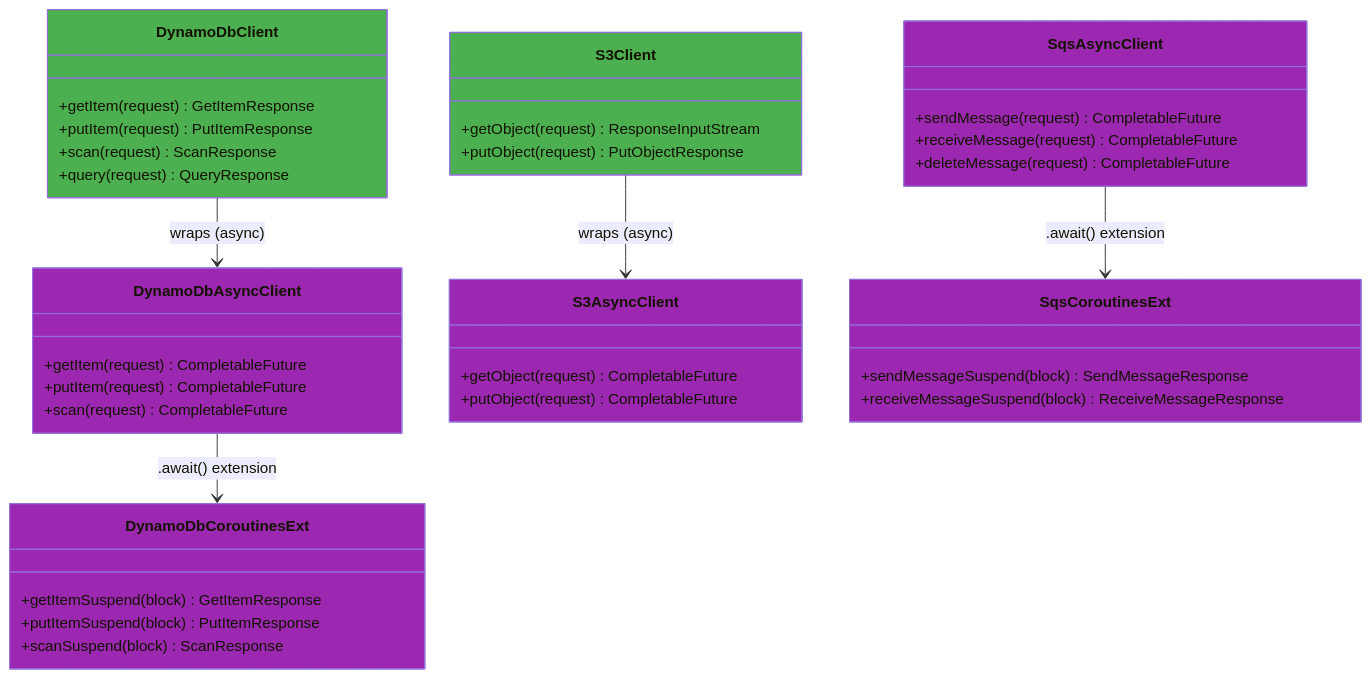
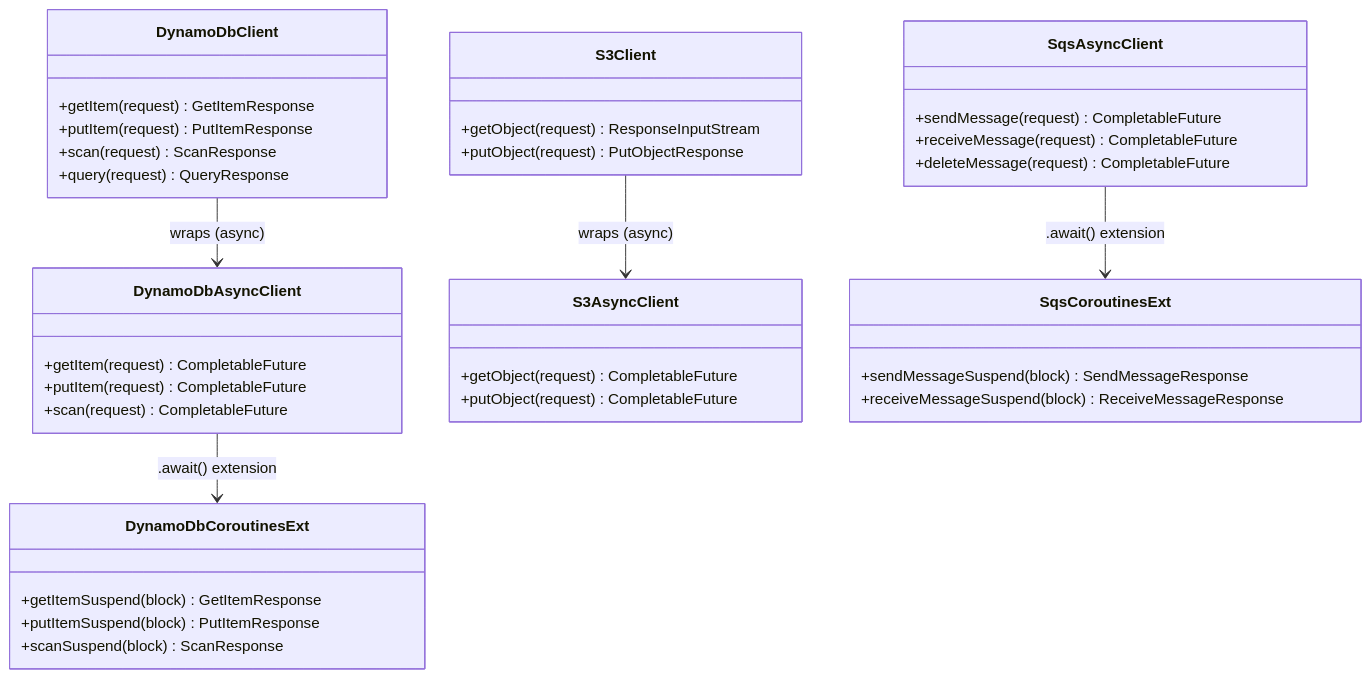
One commit to bluetape4k/bluetape4k-projects changed the first of 3 diagrams in aws/aws/README.md. Above: the diagram before and after it, drawn with Mermaid. The commit also changed 95 other files, not shown here.

First line of the commit message:
docs: Mermaid 파서 오류 전체 수정 (IntelliJ IDEA 호환)

````diff
--- a/aws/aws/README.md
+++ b/aws/aws/README.md
@@ -100,44 +100,42 @@
 ```mermaid
 classDiagram
-    class DynamoDbClient:::serviceStyle {
+    class DynamoDbClient {
         +getItem(request) GetItemResponse
         +putItem(request) PutItemResponse
         +scan(request) ScanResponse
         +query(request) QueryResponse
     }
-    class DynamoDbAsyncClient:::asyncStyle {
+    class DynamoDbAsyncClient {
         +getItem(request) CompletableFuture
         +putItem(request) CompletableFuture
         +scan(request) CompletableFuture
     }
-    class DynamoDbCoroutinesExt:::asyncStyle {
+    class DynamoDbCoroutinesExt {
         +getItemSuspend(block) GetItemResponse
         +putItemSuspend(block) PutItemResponse
         +scanSuspend(block) ScanResponse
     }
-    class S3Client:::serviceStyle {
+    class S3Client {
         +getObject(request) ResponseInputStream
         +putObject(request) PutObjectResponse
     }
-    class S3AsyncClient:::asyncStyle {
+    class S3AsyncClient {
         +getObject(request) CompletableFuture
         +putObject(request) CompletableFuture
     }
-    class SqsAsyncClient:::asyncStyle {
+    class SqsAsyncClient {
         +sendMessage(request) CompletableFuture
         +receiveMessage(request) CompletableFuture
         +deleteMessage(request) CompletableFuture
     }
-    class SqsCoroutinesExt:::asyncStyle {
+    class SqsCoroutinesExt {
         +sendMessageSuspend(block) SendMessageResponse
         +receiveMessageSuspend(block) ReceiveMessageResponse
     }
 
     DynamoDbClient --> DynamoDbAsyncClient : wraps (async)
     DynamoDbAsyncClient --> DynamoDbCoroutinesExt : .await() extension
     S3Client --> S3AsyncClient : wraps (async)
     SqsAsyncClient --> SqsCoroutinesExt : .await() extension
 
-    classDef serviceStyle fill:#4CAF50
-    classDef asyncStyle   fill:#9C27B0
 ```
````
